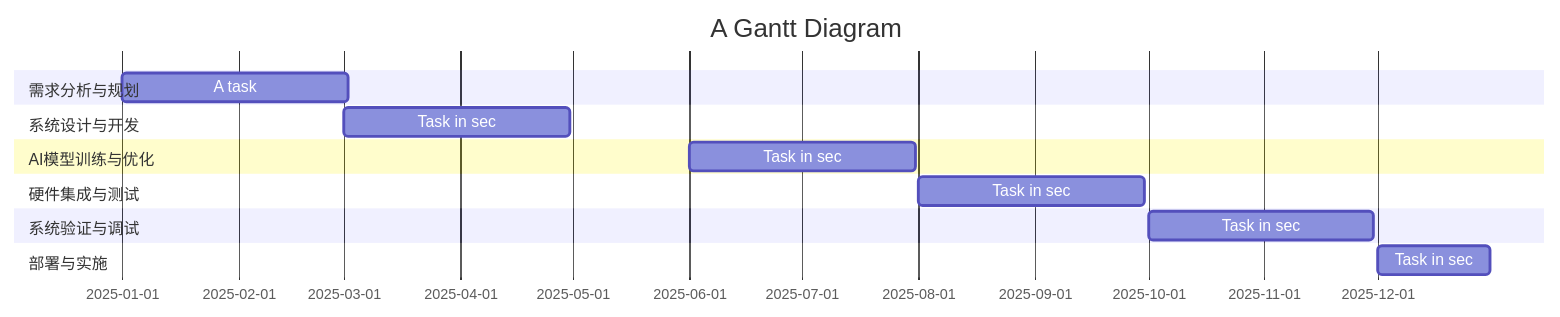
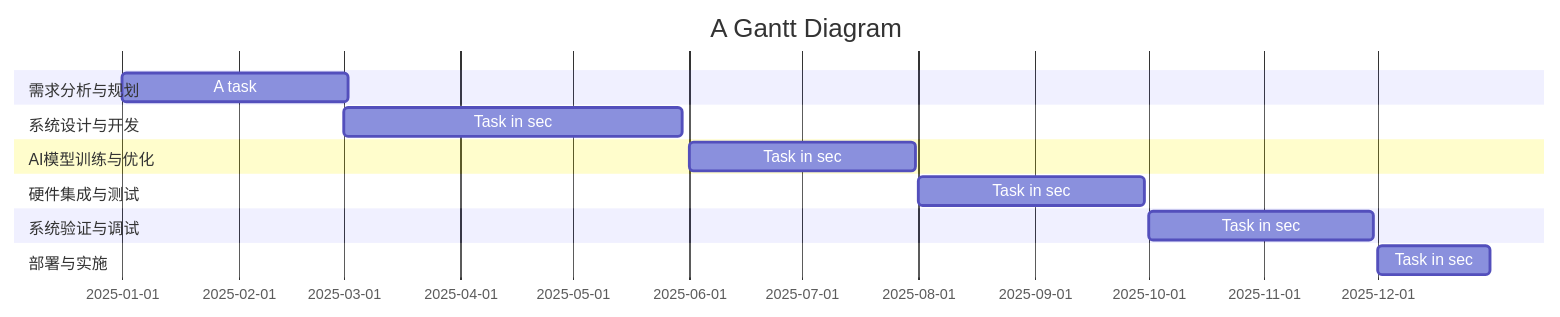
Before and after one commit to libobo6/iodraw-files: the diagram in all/代码甘特图.md, drawn with Mermaid.

Commit message:
2025-01-14 10:56:59 update

````diff
--- a/all/代码甘特图.md
+++ b/all/代码甘特图.md
@@ -1,17 +1,17 @@
 ```mermaid
 gantt
     title A Gantt Diagram
     dateFormat  YYYY-MM-DD
     section 需求分析与规划
     A task           :2025-01-01, 60d
     section 系统设计与开发
-    Task in sec      :2025-03-01, 60d
+    Task in sec      :2025-03-01, 90d
     section AI模型训练与优化
     Task in sec      :2025-06-01  , 60d
     section 硬件集成与测试
     Task in sec      :2025-08-01  , 60d
     section 系统验证与调试
     Task in sec      :2025-10-01  , 60d
     section 部署与实施
     Task in sec      :2025-12-01  , 30d
 ```
````
